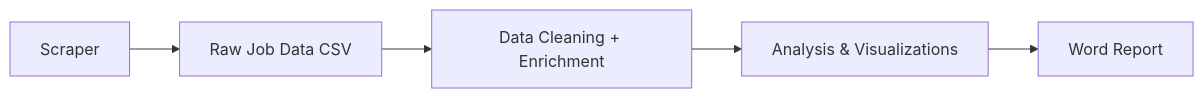
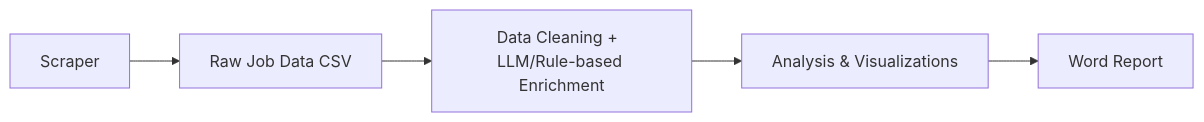
One commit to YuliaShiyy/Linkedin-Jobs-Sweden-Pipeline changed the diagram in README.md. Above: the diagram before and after it, drawn with Mermaid. The commit also changed other lines of this file, not shown here.

````diff
--- a/README.md
+++ b/README.md
@@ -14,7 +14,7 @@
  ```mermaid
  flowchart LR
     A[Scraper] --> B[Raw Job Data CSV]
-    B --> C[Data Cleaning + Enrichment]
+    B --> C[Data Cleaning +  LLM/Rule-based Enrichment]
     C --> D[Analysis & Visualizations]
     D --> E[Word Report]
 ```
````
